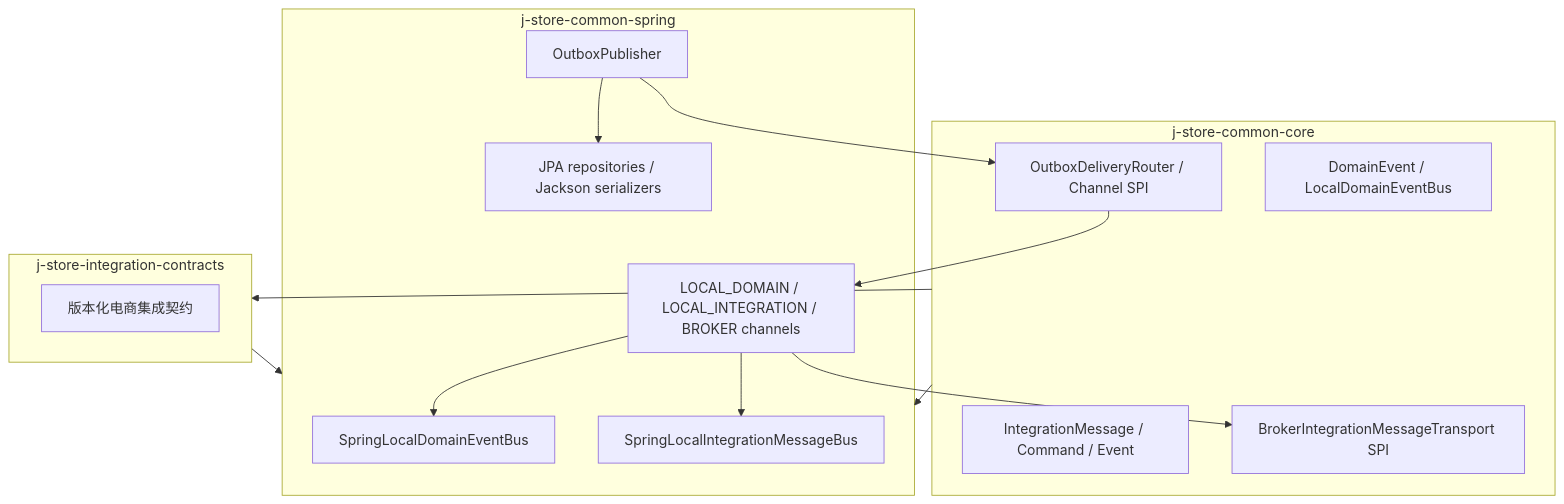
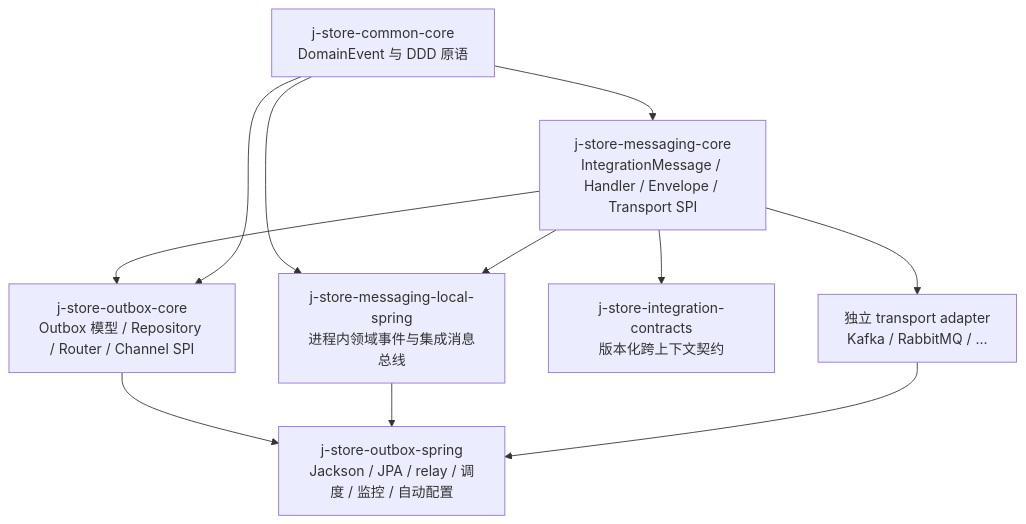
Before and after one commit to ddd-mall/j-store: the first of 3 diagrams in docs/technic/领域事件基础设施架构.md, drawn with Mermaid. The commit also changed other lines of this file and 209 other files, not shown here.

````diff
--- a/docs/technic/领域事件基础设施架构.md
+++ b/docs/technic/领域事件基础设施架构.md
@@ -16,31 +13,21 @@
 ```mermaid
 flowchart TB
-    subgraph Core["j-store-common-core"]
-        Domain["DomainEvent / LocalDomainEventBus"]
-        Integration["IntegrationMessage / Command / Event"]
-        Router["OutboxDeliveryRouter / Channel SPI"]
-        Transport["BrokerIntegrationMessageTransport SPI"]
-    end
+    Common["j-store-common-core<br/>DomainEvent 与 DDD 原语"]
+    Messaging["j-store-messaging-core<br/>IntegrationMessage / Handler / Envelope / Transport SPI"]
+    OutboxCore["j-store-outbox-core<br/>Outbox 模型 / Repository / Router / Channel SPI"]
+    Local["j-store-messaging-local-spring<br/>进程内领域事件与集成消息总线"]
+    OutboxSpring["j-store-outbox-spring<br/>Jackson / JPA / relay / 调度 / 监控 / 自动配置"]
+    Contracts["j-store-integration-contracts<br/>版本化跨上下文契约"]
+    Adapter["独立 transport adapter<br/>Kafka / RabbitMQ / ..."]
 
-    subgraph Contracts["j-store-integration-contracts"]
-        Commerce["版本化电商集成契约"]
-    end
-
-    subgraph Spring["j-store-common-spring"]
-        LocalDomain["SpringLocalDomainEventBus"]
-        LocalIntegration["SpringLocalIntegrationMessageBus"]
-        Relay["OutboxPublisher"]
-        Channels["LOCAL_DOMAIN / LOCAL_INTEGRATION / BROKER channels"]
-        Persistence["JPA repositories / Jackson serializers"]
-    end
-
-    Core --> Contracts
-    Core --> Spring
-    Contracts --> Spring
-    Relay --> Router
-    Router --> Channels
-    Channels --> LocalDomain
-    Channels --> LocalIntegration
-    Channels --> Transport
-    Relay --> Persistence
+    Common --> Messaging
+    Messaging --> Contracts
+    Messaging --> OutboxCore
+    Common --> OutboxCore
+    Common --> Local
+    Messaging --> Local
+    OutboxCore --> OutboxSpring
+    Local --> OutboxSpring
+    Messaging --> Adapter
+    Adapter --> OutboxSpring
 ```
````
